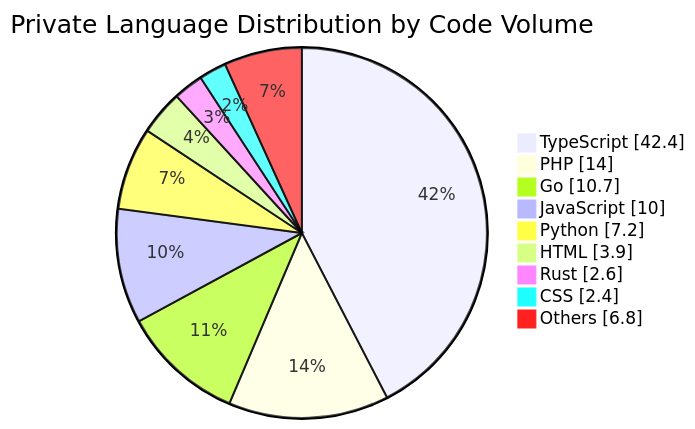
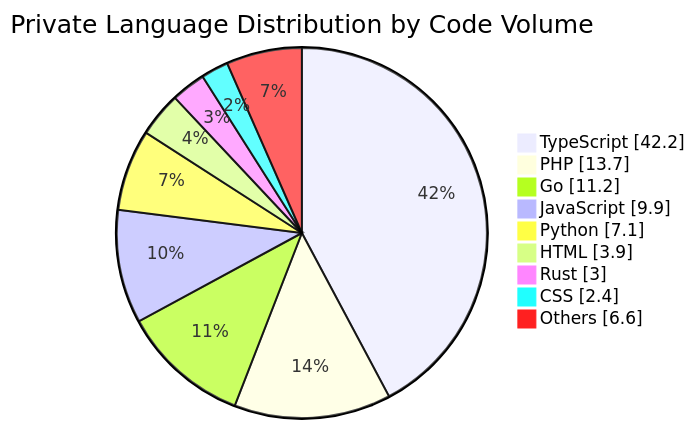
Before and after one commit to Lamy210/Lamy210: the diagram in README.md, drawn with Mermaid. The commit also changed other lines of this file, not shown here.

Commit message:
chore: update private technology summary [skip ci]

````diff
--- a/README.md
+++ b/README.md
@@ -47,13 +47,13 @@
 ```mermaid
 pie showData
     title Private Language Distribution by Code Volume
-    "TypeScript" : 42.4
-    "PHP" : 14.0
-    "Go" : 10.7
-    "JavaScript" : 10.0
-    "Python" : 7.2
+    "TypeScript" : 42.2
+    "PHP" : 13.7
+    "Go" : 11.2
+    "JavaScript" : 9.9
+    "Python" : 7.1
     "HTML" : 3.9
-    "Rust" : 2.6
+    "Rust" : 3.0
     "CSS" : 2.4
-    "Others" : 6.8
+    "Others" : 6.6
 ```
````
